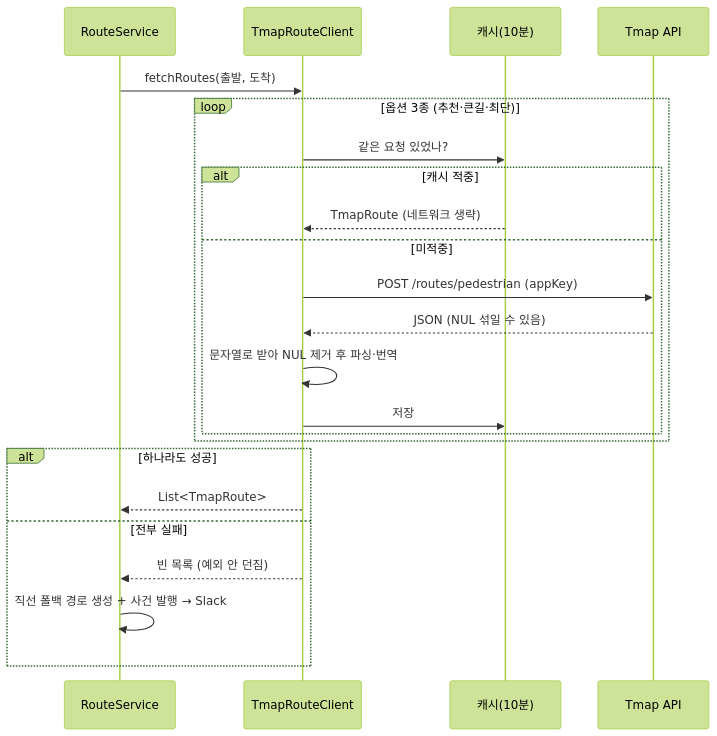
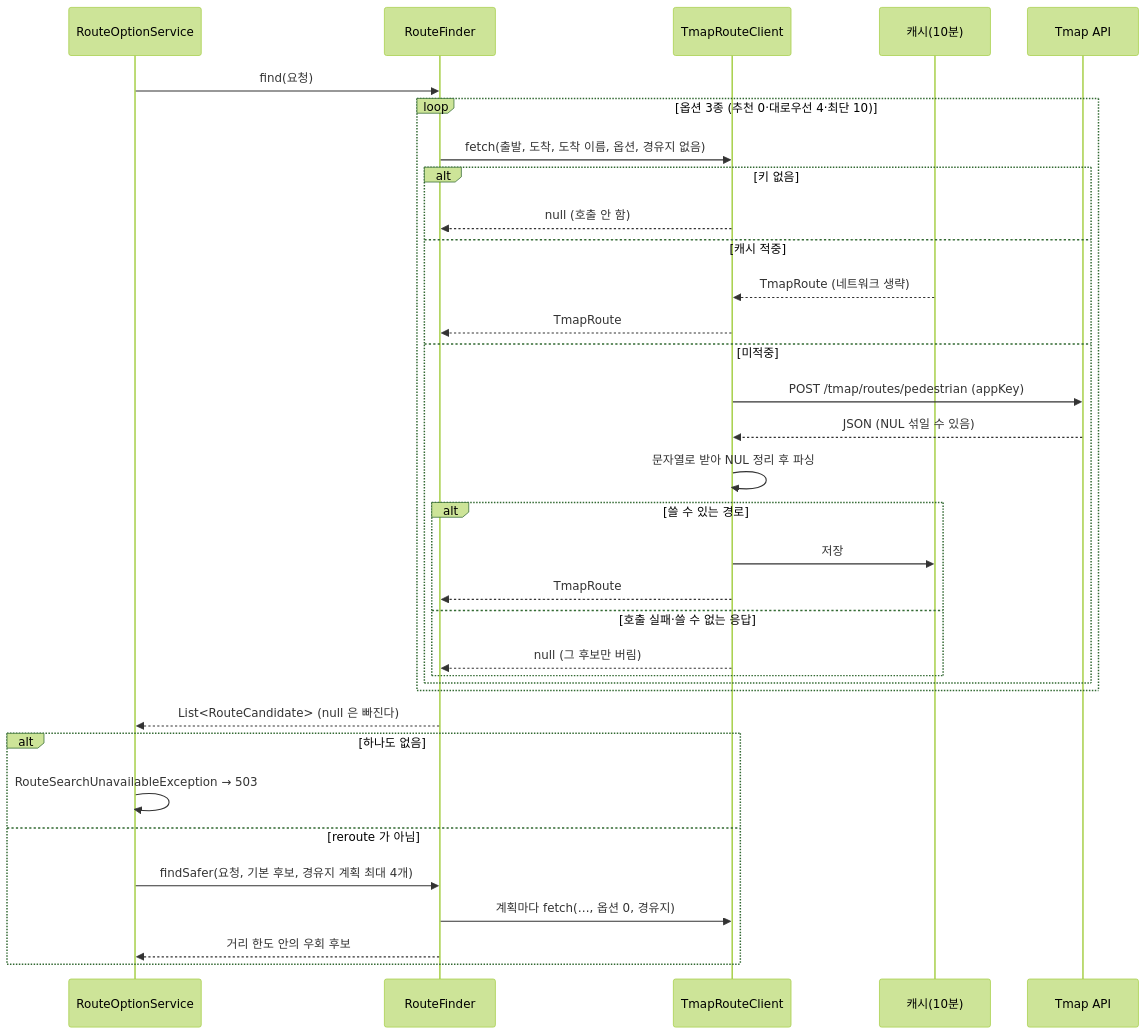
One commit to soo-ai-agent/bueongi-backend changed the second of 3 diagrams in docs/EXTERNAL_SERVICES.md. Above: the diagram before and after it, drawn with Mermaid (forest theme). The commit also changed other lines of this file, not shown here.

Commit message:
docs: 외부 연동 문서의 Tmap 경로 절을 지금 코드의 흐름으로 고쳐 쓴다
"Tmap 경로 — 요청 한 번의 여정" 절이 지금 코드에 없는 옛 설계를 설명했다 —
RouteService, 옵션 3종을 안에서 도는 TmapRouteClient.fetchRoutes, 전부 실패하면
직선 폴백 경로 + Slack, 원인 사슬 로그.

지금 흐름으로 다시 썼다: RouteOptionService.find → RouteFinder.find 가 옵션 3종마다
TmapRouteClient.fetch 를 한 번씩(최대 3회), reroute 가 아니면 RouteFinder.findSafer 가
경유지 계획마다 한 번씩(최대 4회) 부른다. fetch 는 키 없음이면 호출 없이 null, 캐시(10분·
소수 4자리 격자·256개) 확인, POST, NUL 정리 후 파싱, 실패는 예외 클래스 이름만 남기는
warn 로그 + null, 성공만 캐시. 전부 null 이면 RouteSearchUnavailableException → 503.
그 절만 고쳤다.

````diff
--- a/docs/EXTERNAL_SERVICES.md
+++ b/docs/EXTERNAL_SERVICES.md
@@ -163,26 +163,37 @@
 ```mermaid
 sequenceDiagram
-    participant S as RouteService
+    participant S as RouteOptionService
+    participant F as RouteFinder
     participant C as TmapRouteClient
     participant Cache as 캐시(10분)
     participant T as Tmap API
 
-    S->>C: fetchRoutes(출발, 도착)
-    loop 옵션 3종 (추천·큰길·최단)
-        C->>Cache: 같은 요청 있었나?
-        alt 캐시 적중
+    S->>F: find(요청)
+    loop 옵션 3종 (추천 0·대로우선 4·최단 10)
+        F->>C: fetch(출발, 도착, 도착 이름, 옵션, 경유지 없음)
+        alt 키 없음
+            C-->>F: null (호출 안 함)
+        else 캐시 적중
             Cache-->>C: TmapRoute (네트워크 생략)
+            C-->>F: TmapRoute
         else 미적중
-            C->>T: POST /routes/pedestrian (appKey)
+            C->>T: POST /tmap/routes/pedestrian (appKey)
             T-->>C: JSON (NUL 섞일 수 있음)
-            C->>C: 문자열로 받아 NUL 제거 후 파싱·번역
-            C->>Cache: 저장
+            C->>C: 문자열로 받아 NUL 정리 후 파싱
+            alt 쓸 수 있는 경로
+                C->>Cache: 저장
+                C-->>F: TmapRoute
+            else 호출 실패·쓸 수 없는 응답
+                C-->>F: null (그 후보만 버림)
+            end
         end
     end
-    alt 하나라도 성공
-        C-->>S: List<TmapRoute>
-    else 전부 실패
-        C-->>S: 빈 목록 (예외 안 던짐)
-        S->>S: 직선 폴백 경로 생성 + 사건 발행 → Slack
+    F-->>S: List<RouteCandidate> (null 은 빠진다)
+    alt 하나도 없음
+        S->>S: RouteSearchUnavailableException → 503
+    else reroute 가 아님
+        S->>F: findSafer(요청, 기본 후보, 경유지 계획 최대 4개)
+        F->>C: 계획마다 fetch(…, 옵션 0, 경유지)
+        F-->>S: 거리 한도 안의 우회 후보
     end
 ```
````
